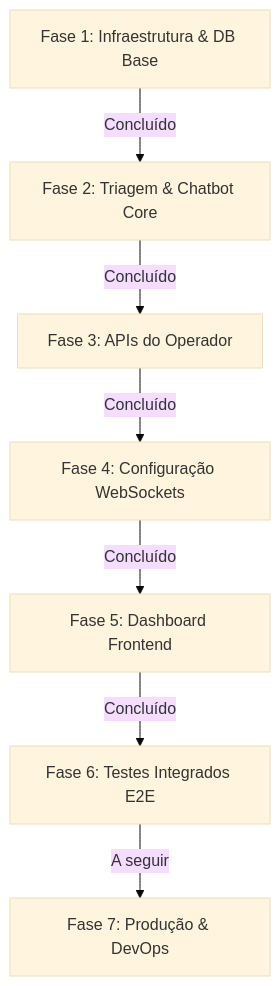
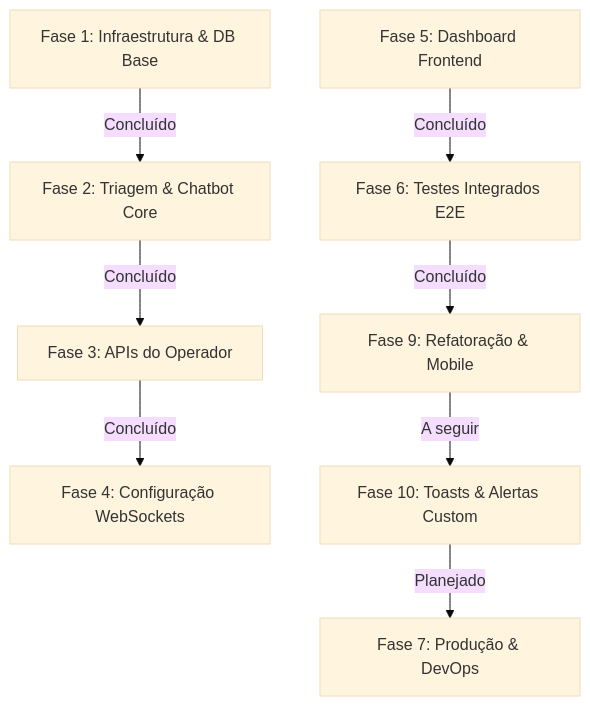
One commit to Randygomesdev/Setoriza changed the diagram in docs/roadmap.md. Above: the diagram before and after it, drawn with Mermaid (base theme). The commit also changed other lines of this file, not shown here.

Commit message:
docs: update roadmap to reflect Phase 9 completion and introduce Phase 10

````diff
--- a/docs/roadmap.md
+++ b/docs/roadmap.md
@@ -9,9 +9,10 @@
 ```mermaid
 graph TD
     Phase1[Fase 1: Infraestrutura & DB Base] -->|Concluído| Phase2[Fase 2: Triagem & Chatbot Core]
     Phase2 -->|Concluído| Phase3[Fase 3: APIs do Operador]
     Phase3 -->|Concluído| Phase4[Fase 4: Configuração WebSockets]
-    Phase4 -->|Concluído| Phase5[Fase 5: Dashboard Frontend]
-    Phase5 -->|Concluído| Phase6[Fase 6: Testes Integrados E2E]
-    Phase6 -->|A seguir| Phase7[Fase 7: Produção & DevOps]
+    Phase5[Fase 5: Dashboard Frontend] -->|Concluído| Phase6[Fase 6: Testes Integrados E2E]
+    Phase6 -->|Concluído| Phase9[Fase 9: Refatoração & Mobile]
+    Phase9 -->|A seguir| Phase10[Fase 10: Toasts & Alertas Custom]
+    Phase10 -->|Planejado| Phase7[Fase 7: Produção & DevOps]
 ```
````
